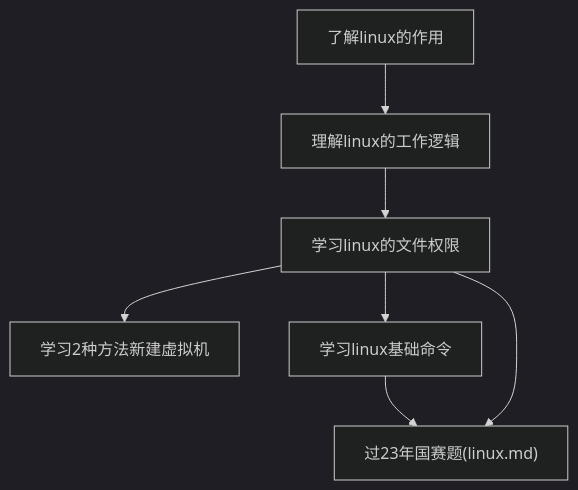
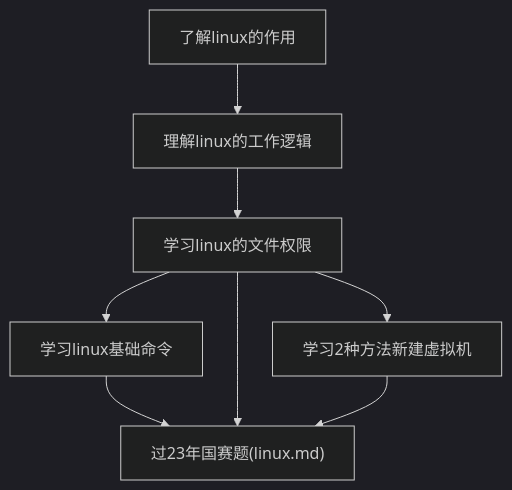
Before and after one commit to ICrazybabyI/note: the diagram in linux_note/README_linux.md, drawn with Mermaid (dark theme).

Commit message:
vault backup: 2026-04-26 21:51:27

````diff
--- a/linux_note/README_linux.md
+++ b/linux_note/README_linux.md
@@ -2,9 +2,10 @@
 ```mermaid
 graph TD;
   A["了解linux的作用"] --> B["理解linux的工作逻辑"];
   B --> C["学习linux的文件权限"];
   C --> D["学习2种方法新建虚拟机"];
   C --> E["学习linux基础命令"];
   E --> F["过23年国赛题(linux.md)"];
   C --> F;
+  D --> F;
 ```
````
